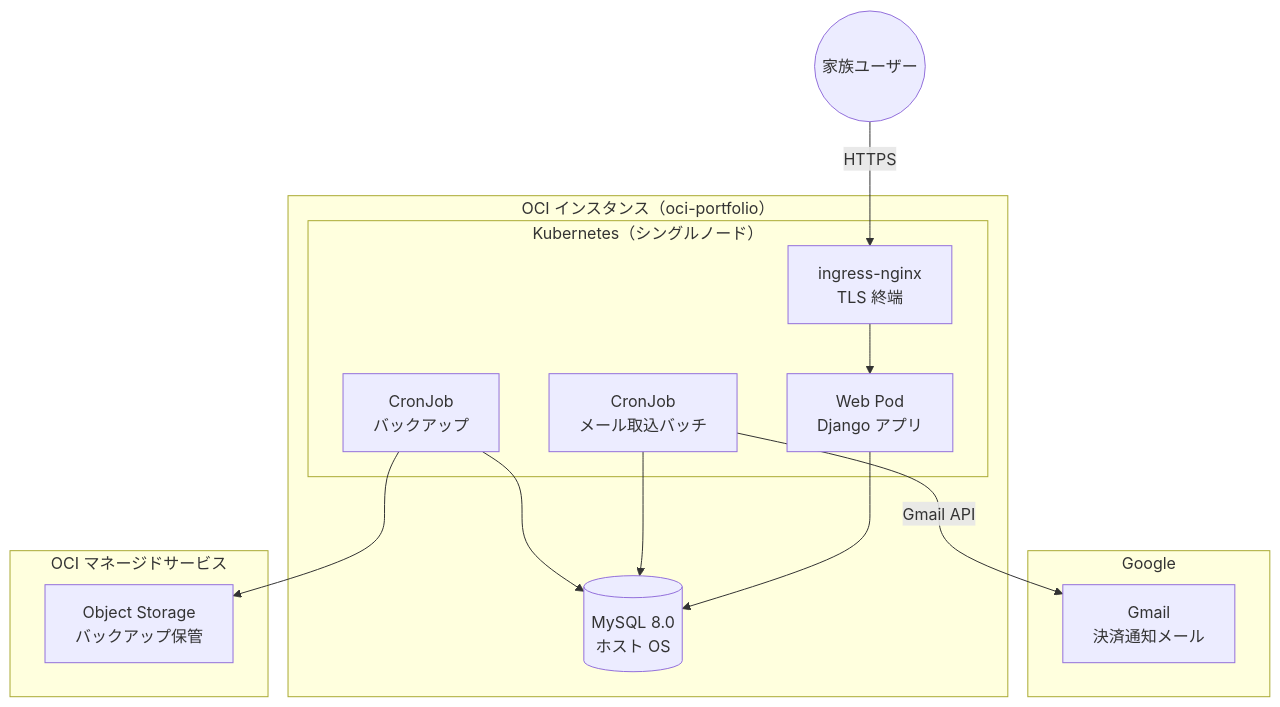
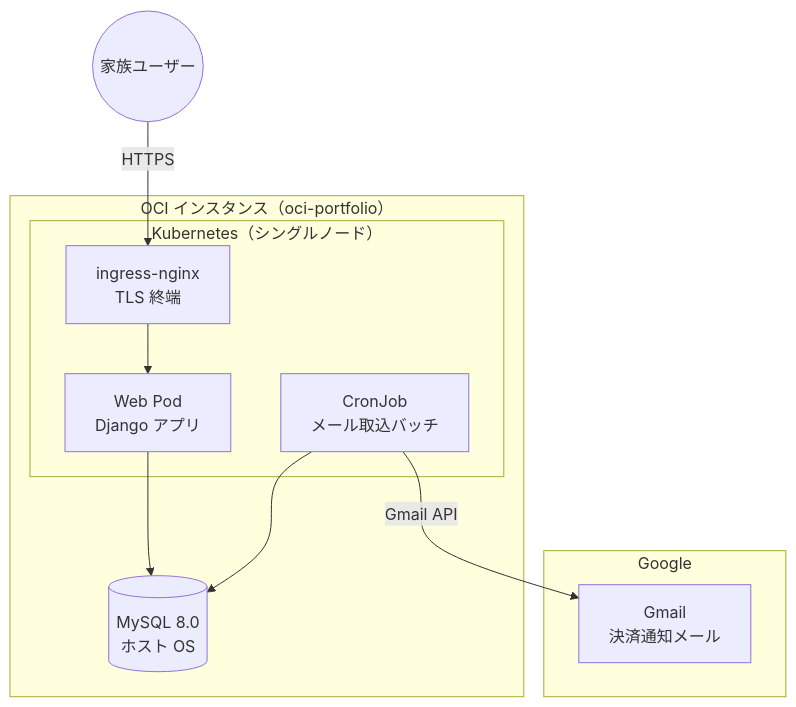
Before and after one commit to Seiya-Nakagawa/kakeibo: the first of 3 diagrams in docs/02.設計/基本設計書.md, drawn with Mermaid. The commit also changed other lines of this file and 9 other files, not shown here.

````diff
--- a/docs/02.設計/基本設計書.md
+++ b/docs/02.設計/基本設計書.md
@@ -45,28 +45,21 @@
 ```mermaid
 graph TD
     subgraph Google
         Gmail[Gmail<br/>決済通知メール]
     end
 
     subgraph OCI["OCI インスタンス（oci-portfolio）"]
         subgraph K8S["Kubernetes（シングルノード）"]
             Ingress[ingress-nginx<br/>TLS 終端]
             Web[Web Pod<br/>Django アプリ]
             CronImport[CronJob<br/>メール取込バッチ]
-            CronBackup[CronJob<br/>バックアップ]
         end
         MySQL[(MySQL 8.0<br/>ホスト OS)]
-    end
-
-    subgraph OCIManaged["OCI マネージドサービス"]
-        ObjStore[Object Storage<br/>バックアップ保管]
     end
 
     User((家族ユーザー)) -->|HTTPS| Ingress
     Ingress --> Web
     Web --> MySQL
     CronImport -->|Gmail API| Gmail
     CronImport --> MySQL
-    CronBackup --> MySQL
-    CronBackup --> ObjStore
 ```
````
